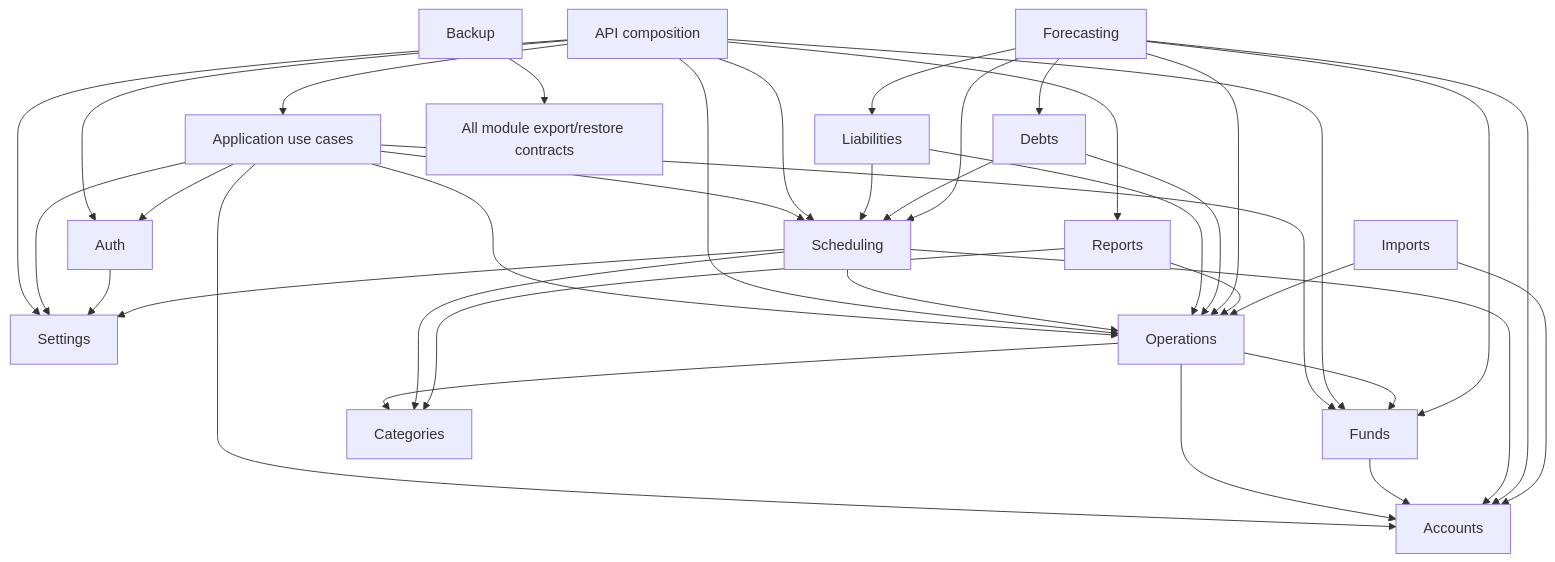
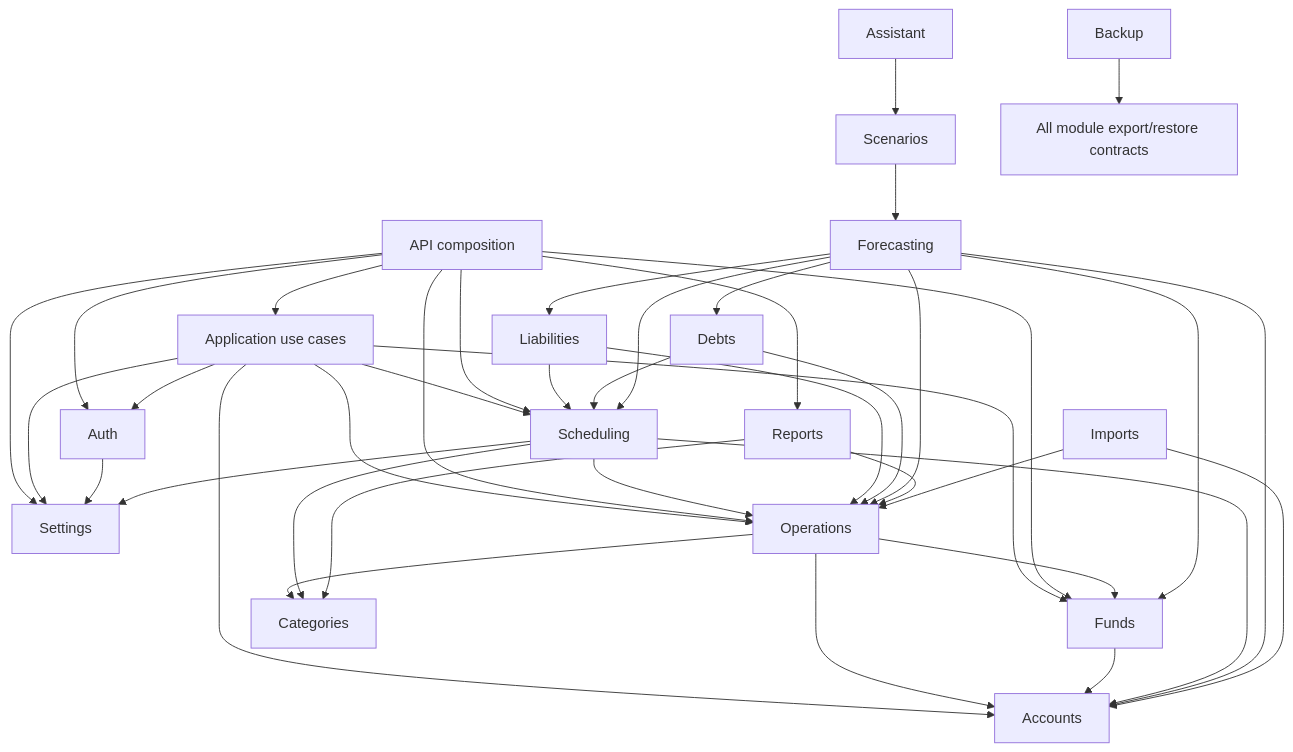
One commit to Gollardo/hermes changed the diagram in docs/architecture/module-boundaries.md. Above: the diagram before and after it, drawn with Mermaid. The commit also changed other lines of this file and 17 other files, not shown here.

````diff
--- a/docs/architecture/module-boundaries.md
+++ b/docs/architecture/module-boundaries.md
@@ -36,40 +39,42 @@
 ```mermaid
 flowchart TB
     API["API composition"] --> Auth
     API --> Settings
     API --> Application["Application use cases"]
     Application --> Auth
     Application --> Settings
     Application --> Accounts
     Application --> Operations
     Application --> Funds
     Application --> Scheduling
     Auth --> Settings
     API --> Operations
     API --> Funds
     API --> Scheduling
     API --> Reports
     Operations --> Accounts
     Operations --> Categories
     Operations --> Funds
     Funds --> Accounts
     Scheduling --> Operations
     Scheduling --> Accounts
     Scheduling --> Categories
     Scheduling --> Settings
     Liabilities --> Scheduling
     Liabilities --> Operations
     Debts --> Scheduling
     Debts --> Operations
     Forecasting --> Accounts
     Forecasting --> Operations
     Forecasting --> Funds
     Forecasting --> Scheduling
     Forecasting --> Liabilities
     Forecasting --> Debts
+    Scenarios --> Forecasting
+    Assistant --> Scenarios
     Reports --> Operations
     Reports --> Categories
     Imports --> Operations
     Imports --> Accounts
     Backup --> Modules["All module export/restore contracts"]
 ```
````
